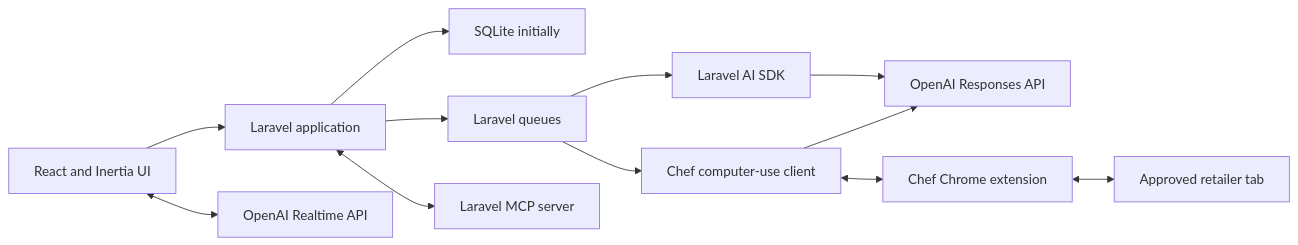
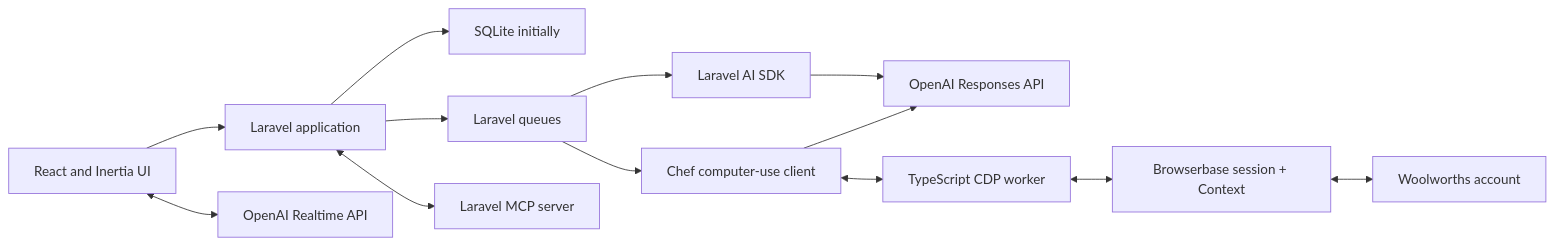
One commit to DanielFerguson/chef changed the diagram in docs/IMPLEMENTATION.md. Above: the diagram before and after it, drawn with Mermaid. The commit also changed other lines of this file and 5 other files, not shown here.

````diff
--- a/docs/IMPLEMENTATION.md
+++ b/docs/IMPLEMENTATION.md
@@ -297,14 +415,15 @@
 ```mermaid
 flowchart LR
     UI["React and Inertia UI"] --> APP["Laravel application"]
     UI <--> REALTIME["OpenAI Realtime API"]
     APP --> DB["SQLite initially"]
     APP --> QUEUE["Laravel queues"]
     QUEUE --> SDK["Laravel AI SDK"]
     SDK --> RESPONSES["OpenAI Responses API"]
     QUEUE --> CUA["Chef computer-use client"]
     CUA --> RESPONSES
-    CUA <--> EXT["Chef Chrome extension"]
-    EXT <--> TAB["Approved retailer tab"]
+    CUA <--> WORKER["TypeScript CDP worker"]
+    WORKER <--> BB["Browserbase session + Context"]
+    BB <--> WOOLIES["Woolworths account"]
     APP <--> MCP["Laravel MCP server"]
 ```
````
